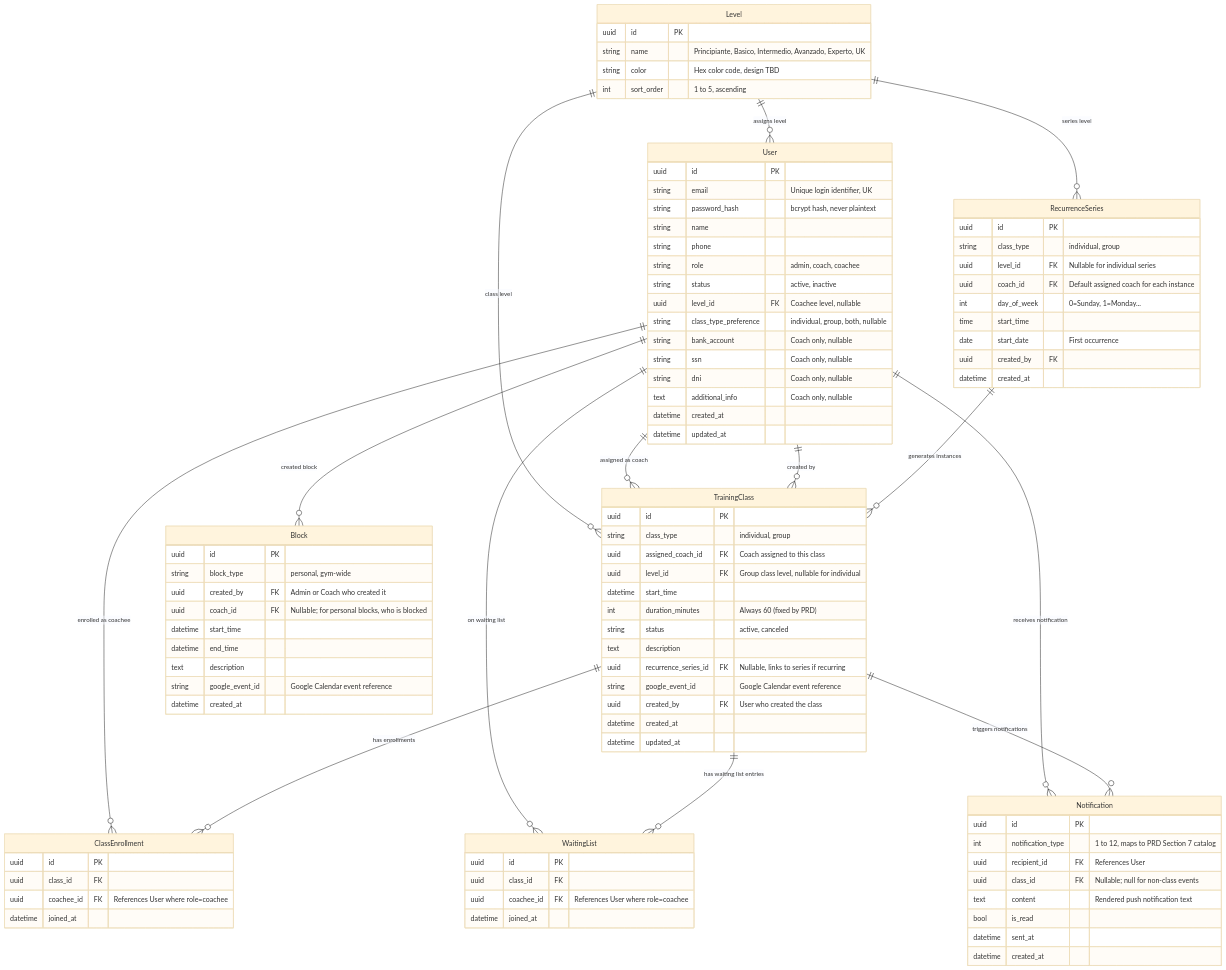
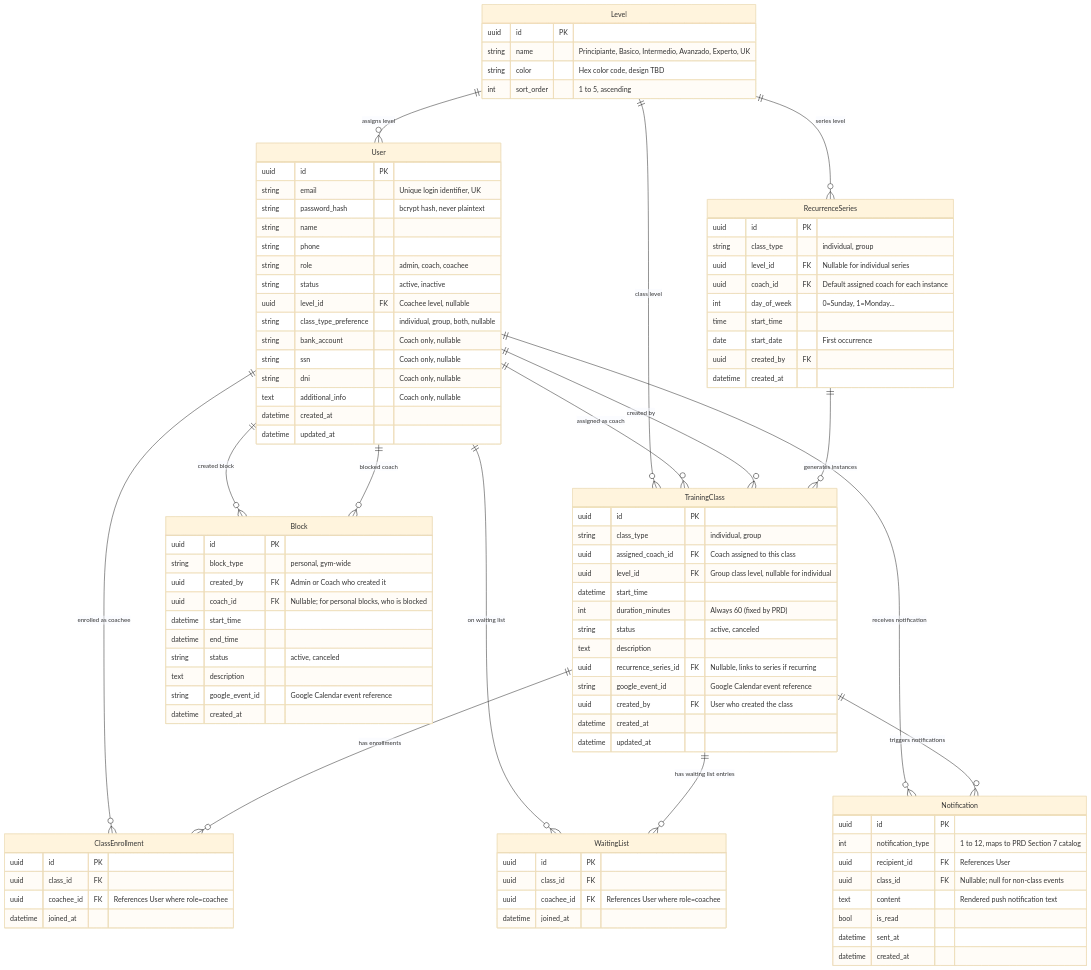
Before and after one commit to LIDR-academy/AI4Devs-finalproject: the third of 3 diagrams in docs/system-architecture.md, drawn with Mermaid (base theme). The commit also changed 47 other files, not shown here.

```diff
--- a/docs/system-architecture.md
+++ b/docs/system-architecture.md
@@ -440,6 +440,7 @@
         uuid coach_id FK "Nullable; for personal blocks, who is blocked"
         datetime start_time
         datetime end_time
+        string status "active, canceled"
         text description
         string google_event_id "Google Calendar event reference"
         datetime created_at
@@ -463,6 +464,7 @@
     User ||--o{ ClassEnrollment : "enrolled as coachee"
     User ||--o{ WaitingList : "on waiting list"
     User ||--o{ Block : "created block"
+    User ||--o{ Block : "blocked coach"
     User ||--o{ Notification : "receives notification"
     TrainingClass ||--o{ ClassEnrollment : "has enrollments"
     TrainingClass ||--o{ WaitingList : "has waiting list entries"
```
